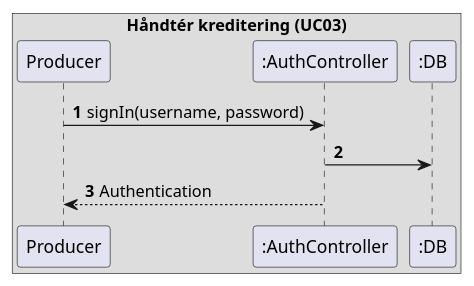
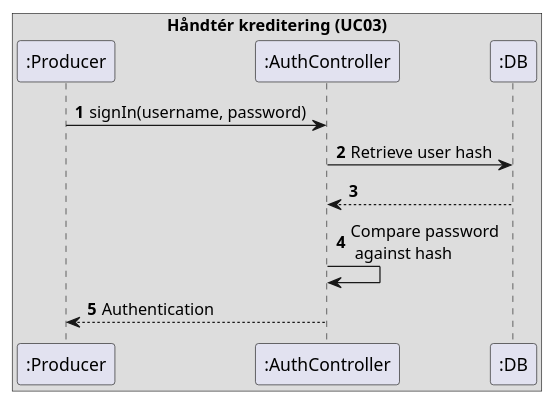
Before and after one commit to amatzen/SE02-SE-G02-SPRO: the diagram in uml/sequence_diagrams/operation/authentication.puml, drawn with PlantUML. The commit also changed 11 other files, not shown here.

Commit message:
System diagrams

```diff
--- a/uml/sequence_diagrams/operation/authentication.puml
+++ b/uml/sequence_diagrams/operation/authentication.puml
@@ -1,17 +1,18 @@
 @startuml
 'https://plantuml.com/sequence-diagram
 
 autonumber
 
 box "Håndtér kreditering (UC03)"
-    participant "Producer" as producer
+    participant ":Producer" as producer
     participant ":AuthController" as authController
     participant ":DB" as db
 end box
 
 producer -> authController : signIn(username, password)
-authController -> db : 
+authController -> db : Retrieve user hash
+authController <-- db
+authController -> authController : Compare password\n against hash
 producer <-- authController : Authentication
 
-
 @enduml
```
